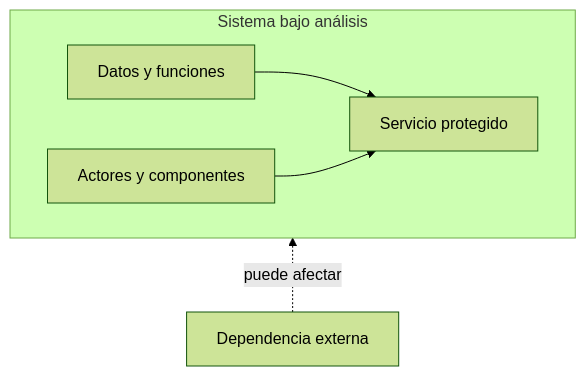
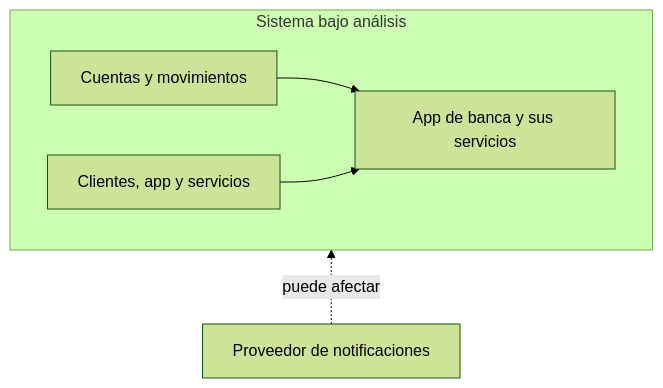
Before and after one commit to carlosmgc2003/slides-cuc-2026: the fourth of 7 diagrams in slides-clase-1.md, drawn with Mermaid (forest theme). The commit also changed other lines of this file and 2 other files, not shown here.

First line of the commit message:
Unify class 1 around the banking app case study

````diff
--- a/slides-clase-1.md
+++ b/slides-clase-1.md
@@ -526,10 +554,10 @@
 ```mermaid
 flowchart BT
   subgraph Scope["Sistema bajo análisis"]
     direction LR
-    S["Servicio protegido"]
-    D["Datos y funciones"] --> S
-    A["Actores y componentes"] --> S
+    S["App de banca y sus servicios"]
+    D["Cuentas y movimientos"] --> S
+    A["Clientes, app y servicios"] --> S
   end
-  X["Dependencia externa"] -. "puede afectar" .-> S
+  X["Proveedor de notificaciones"] -. "puede afectar" .-> S
 ```
````
